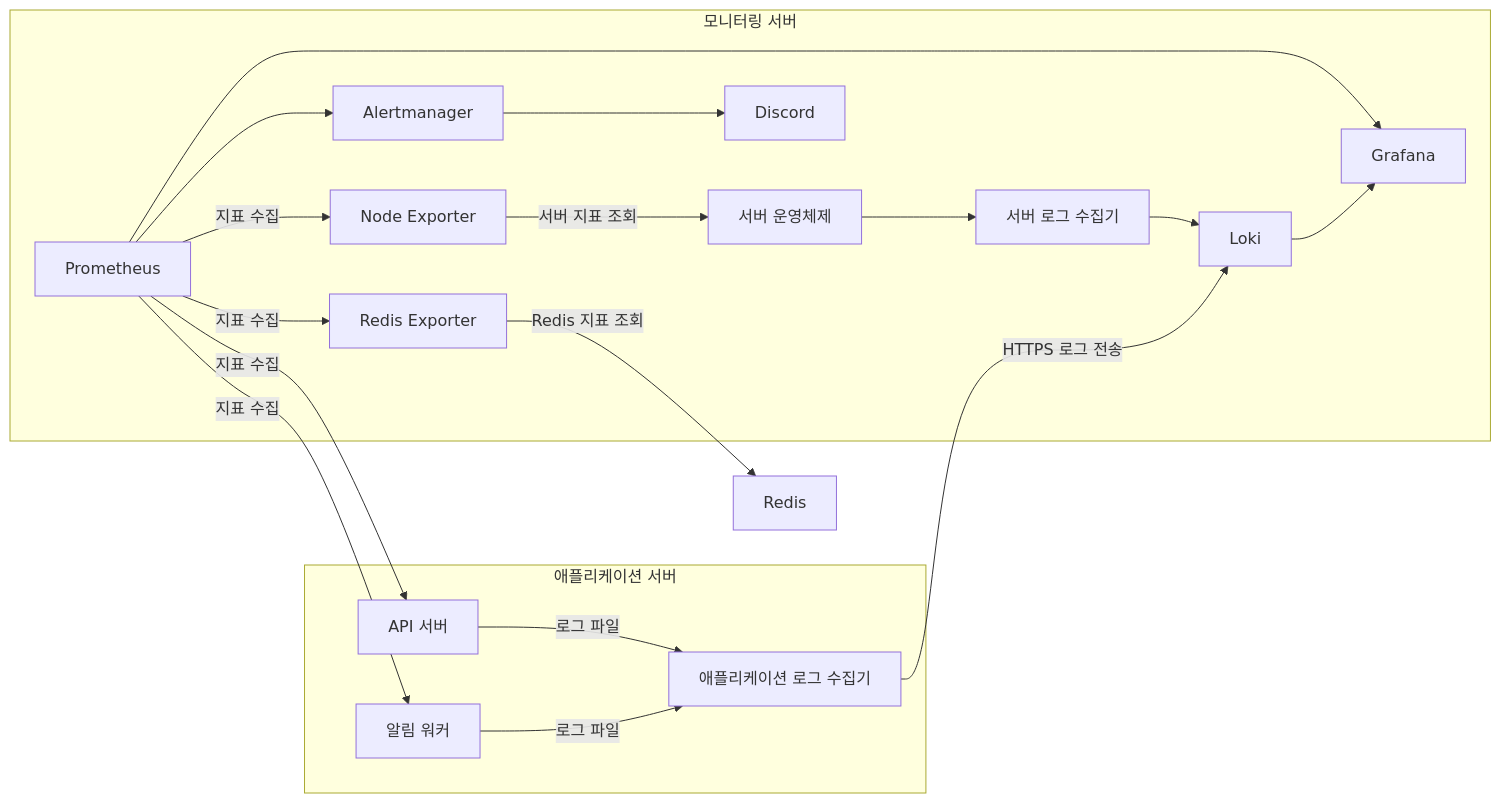
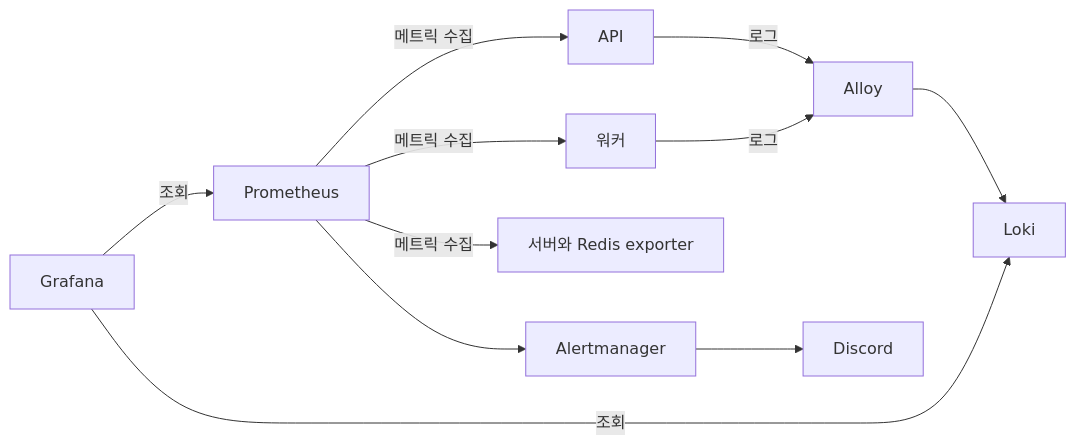
One commit to Neo1228/catxi-server changed the diagram in monitoring/README.md. Above: the diagram before and after it, drawn with Mermaid. The commit also changed other lines of this file and 3 other files, not shown here.

````diff
--- a/monitoring/README.md
+++ b/monitoring/README.md
@@ -5,38 +5,13 @@
 ```mermaid
 flowchart LR
-    subgraph AppServer[애플리케이션 서버]
-        API[API 서버]
-        Worker[알림 워커]
-        AppAlloy[애플리케이션 로그 수집기]
-        API -->|로그 파일| AppAlloy
-        Worker -->|로그 파일| AppAlloy
-    end
-
-    Redis[Redis]
-
-    subgraph MonitoringServer[모니터링 서버]
-        Host[서버 운영체제]
-        Prometheus[Prometheus]
-        RedisExporter[Redis Exporter]
-        NodeExporter[Node Exporter]
-        MonitorAlloy[서버 로그 수집기]
-        Loki[Loki]
-        Grafana[Grafana]
-        Alertmanager[Alertmanager]
-        Discord[Discord]
-        NodeExporter -->|서버 지표 조회| Host
-        Host --> MonitorAlloy
-        MonitorAlloy --> Loki
-        Prometheus --> Grafana
-        Prometheus --> Alertmanager
-        Alertmanager --> Discord
-        Loki --> Grafana
-    end
-
-    RedisExporter -->|Redis 지표 조회| Redis
-    Prometheus -->|지표 수집| RedisExporter
-    Prometheus -->|지표 수집| NodeExporter
-    Prometheus -->|지표 수집| API
-    Prometheus -->|지표 수집| Worker
-    AppAlloy -->|HTTPS 로그 전송| Loki
+    Prometheus[Prometheus] -->|메트릭 수집| API[API]
+    Prometheus -->|메트릭 수집| Worker[워커]
+    Prometheus -->|메트릭 수집| Exporters[서버와 Redis exporter]
+    API -->|로그| Alloy[Alloy]
+    Worker -->|로그| Alloy
+    Alloy --> Loki[Loki]
+    Grafana[Grafana] -->|조회| Prometheus
+    Grafana -->|조회| Loki
+    Prometheus --> Alertmanager[Alertmanager]
+    Alertmanager --> Discord[Discord]
 ```
````
